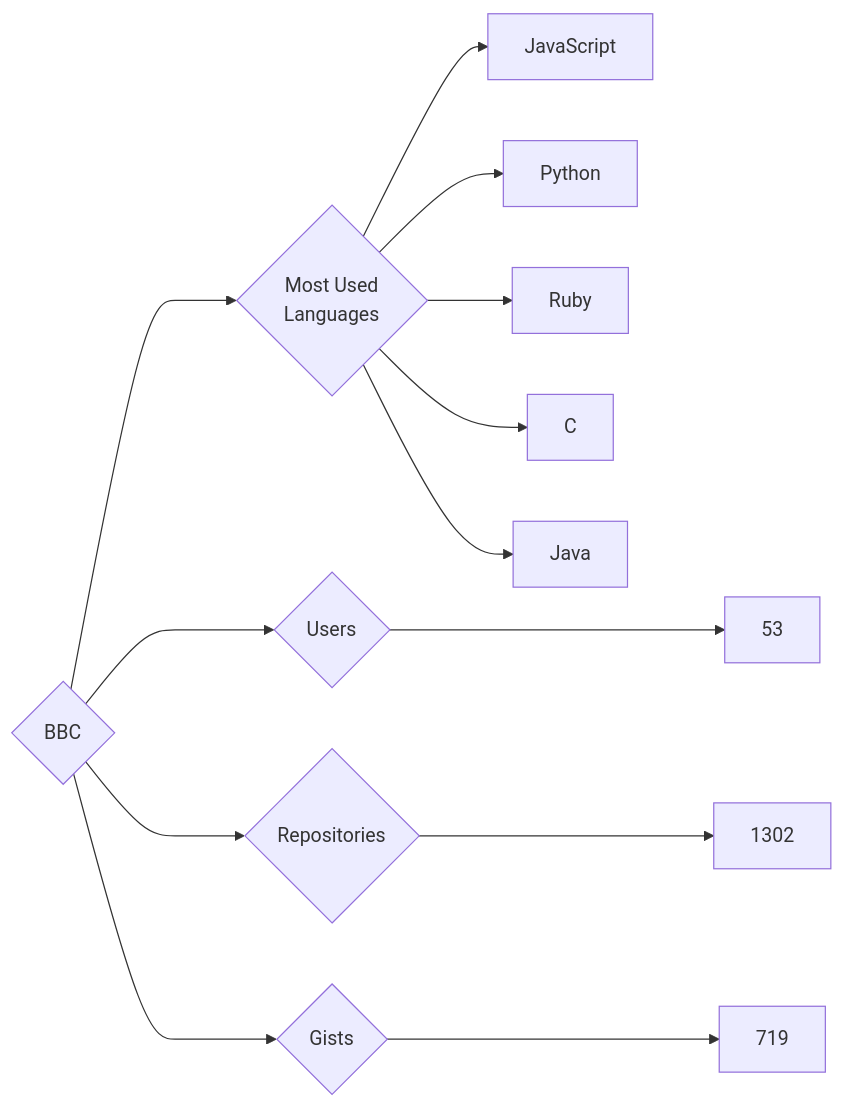
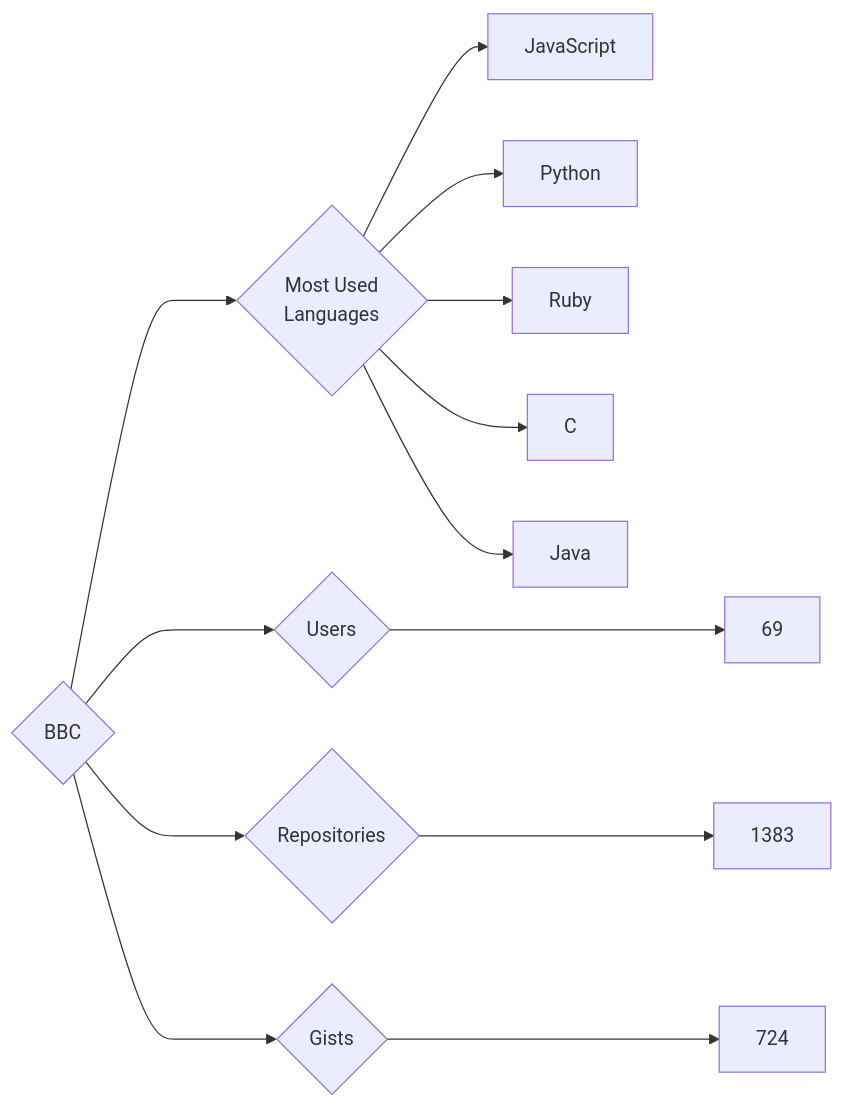
The diagram in targets/BBC/README.md (trickest/insiders), drawn with Mermaid before and after one commit. The commit also changed 736 other files, not shown here.

````diff
--- a/targets/BBC/README.md
+++ b/targets/BBC/README.md
@@ -3,13 +3,13 @@
 ```mermaid
 graph LR
 COMPANY_NAME{BBC}
-COMPANY_NAME ---> U{Users} ---> UN[53]
-COMPANY_NAME ---> R{Repositories} ---> RN[1302]
-COMPANY_NAME ---> G{Gists} ---> GN[719]
+COMPANY_NAME ---> U{Users} ---> UN[69]
+COMPANY_NAME ---> R{Repositories} ---> RN[1383]
+COMPANY_NAME ---> G{Gists} ---> GN[724]
 COMPANY_NAME ---> ML{Most Used<br>Languages}
 ML --> JavaScript[JavaScript]
 ML --> Python[Python]
 ML --> Ruby[Ruby]
 ML --> C[C]
 ML --> Java[Java]
 ```
````
